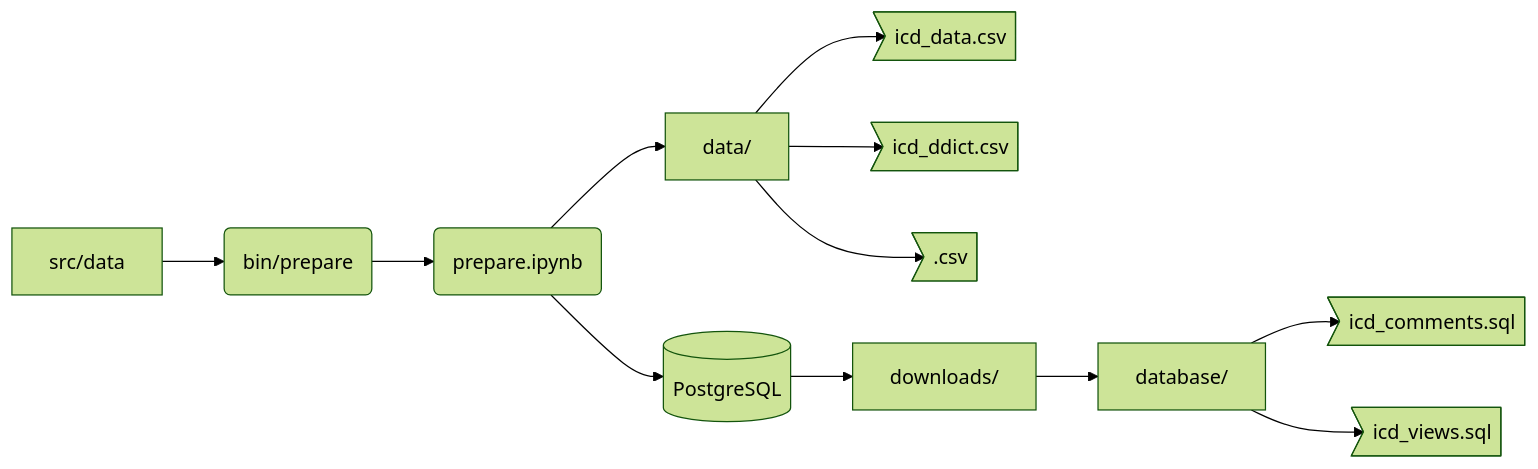
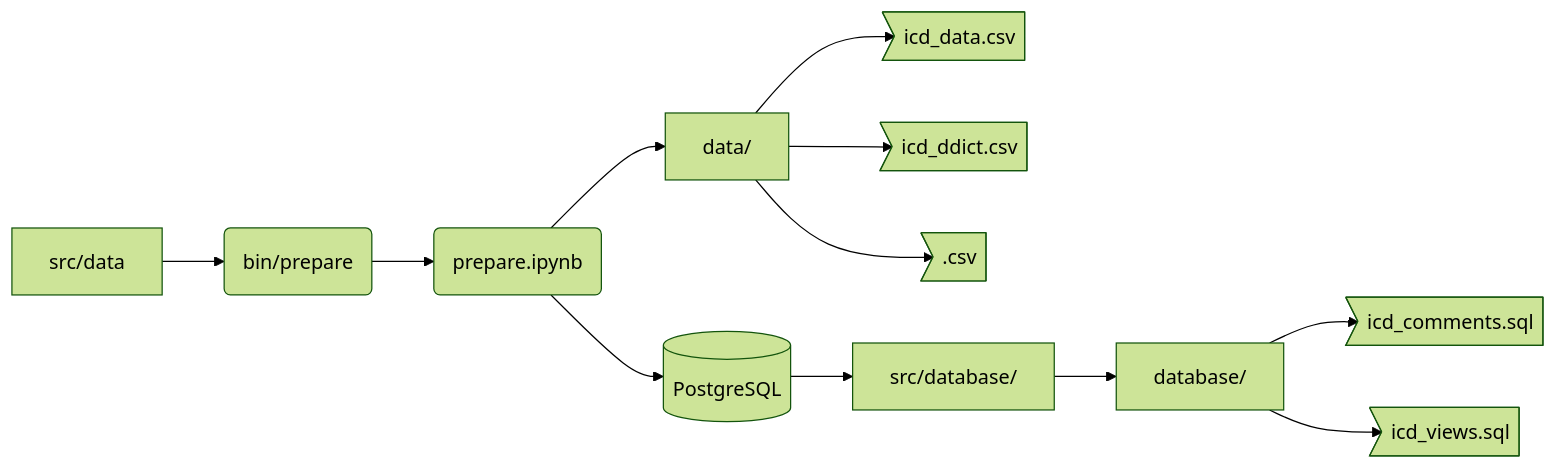
One commit to cghr-toronto/icd changed the second of 2 diagrams in DEVELOPER.md. Above: the diagram before and after it, drawn with Mermaid (forest theme). The commit also changed other lines of this file, not shown here.

````diff
--- a/DEVELOPER.md
+++ b/DEVELOPER.md
@@ -68,8 +82,8 @@
 ```mermaid
 flowchart LR;
 src/data --> A;
 A(bin/prepare) --> B(prepare.ipynb);
 B --> data/ --> B1>icd_data.csv] & B2>icd_ddict.csv] & B3>.csv];
-B --> E[(PostgreSQL)] --> downloads/ --> database/;
+B --> E[(PostgreSQL)] --> src/database/ --> database/;
 database/ --> D1>icd_comments.sql] & D2>icd_views.sql];
 ```
````
